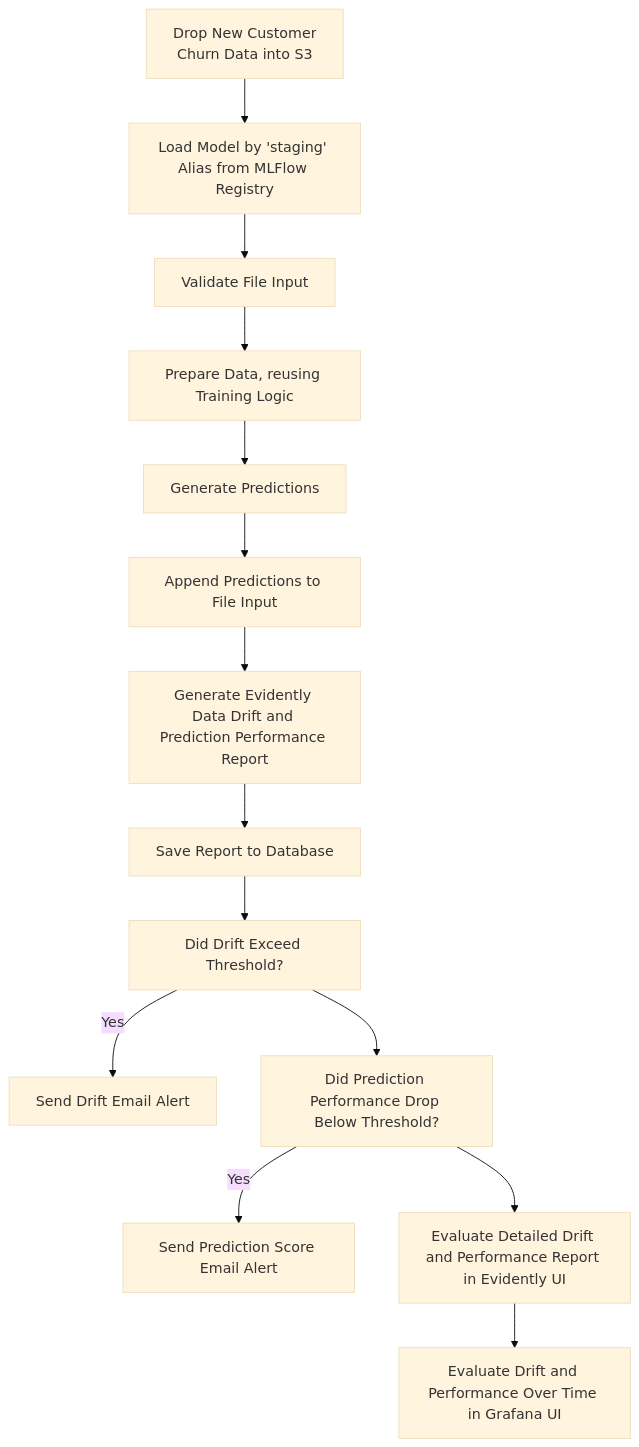
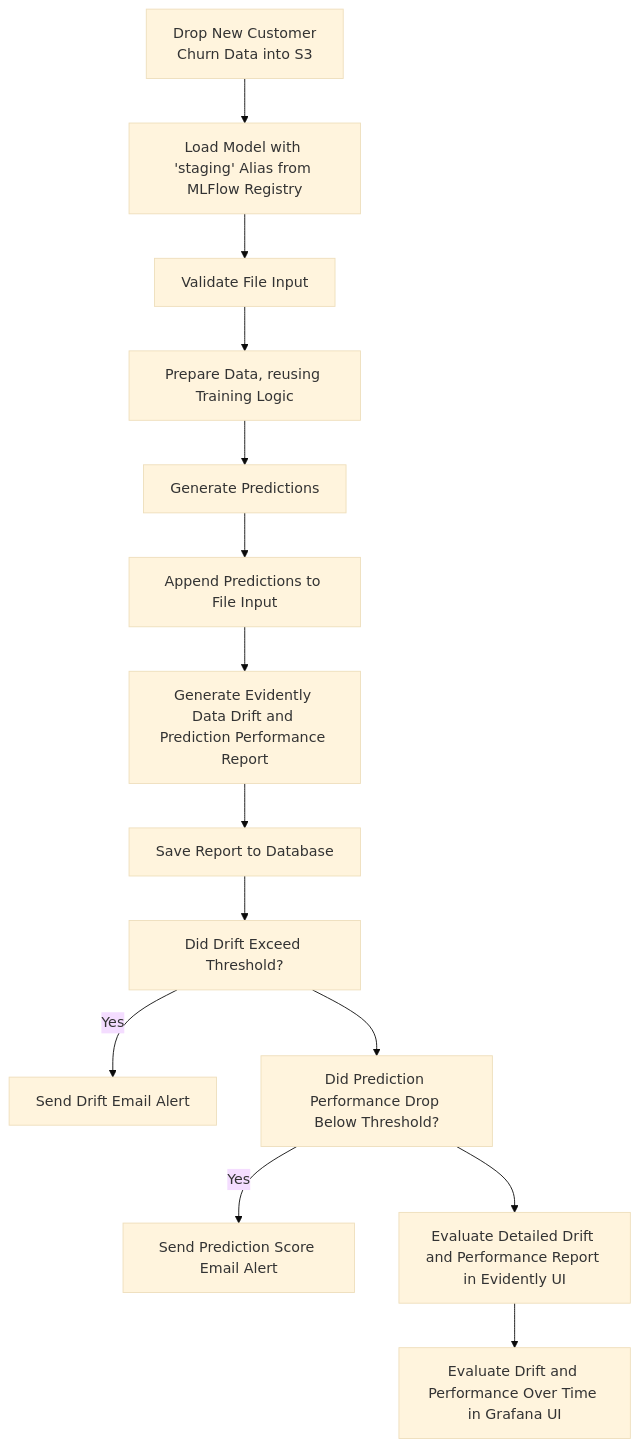
The second of 3 diagrams in README.md (paultongyoo/churn-model-evaluation-platform), drawn with Mermaid (base theme) before and after one commit.

````diff
--- a/README.md
+++ b/README.md
@@ -81,20 +81,20 @@
 ```mermaid
 flowchart TD
     A[Drop New Customer<br/>Churn Data into S3]
-    B[Load Model by 'staging' Alias from MLFlow Registry]
+    B[Load Model with 'staging' Alias from MLFlow Registry]
     C[Validate File Input]
     D[Prepare Data, reusing Training Logic]
     E[Generate Predictions]
     F[Append Predictions to File Input]
     G[Generate Evidently Data Drift and Prediction Performance Report]
     H[Save Report to Database]
     I[Did Drift Exceed Threshold?]
     J[Send Drift Email Alert]
     K[Did Prediction Performance Drop Below Threshold?]
     L[Send Prediction Score Email Alert]
     M[Evaluate Detailed Drift and Performance Report in Evidently UI]
     N[Evaluate Drift and Performance Over Time in Grafana UI]
     A-->B-->C-->D-->E-->F-->G-->H-->I-->K-->M-->N;
     I--> |Yes| J;
     K--> |Yes| L;
 ```
````
